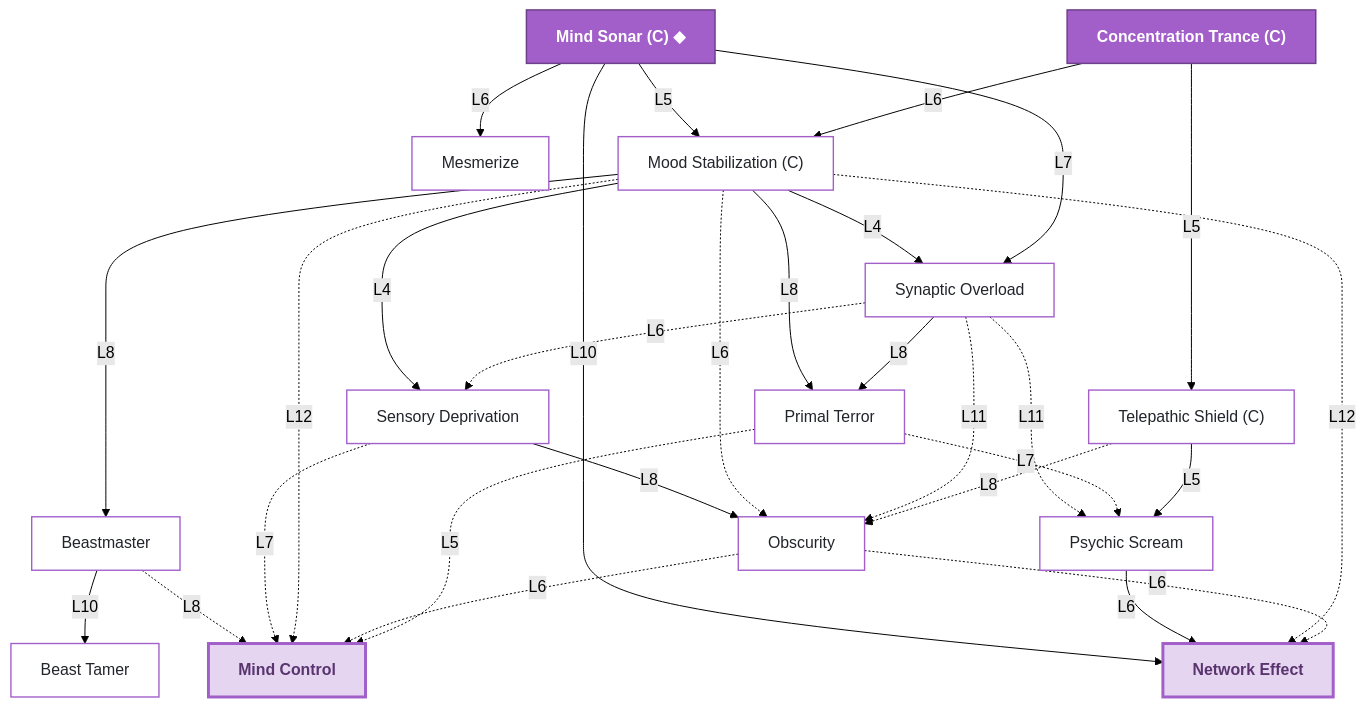
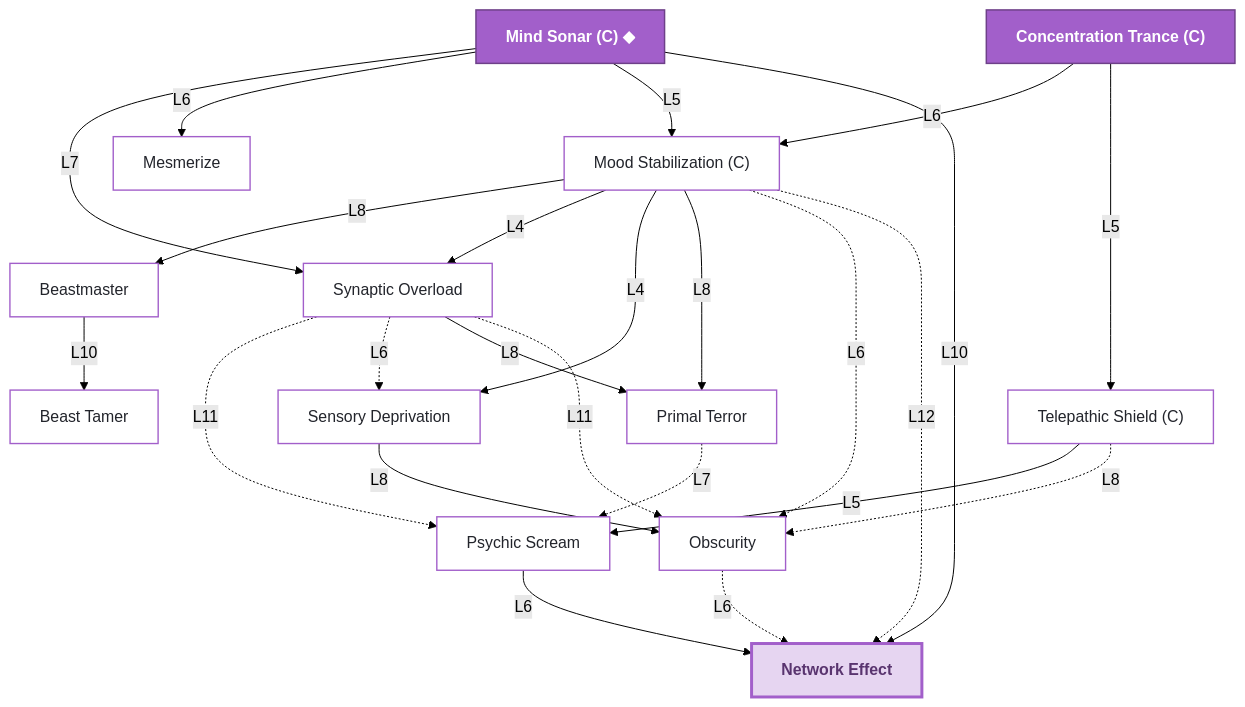
One commit to MSCantrell/Mind-Over-Matter-for-Bright-Nights changed the seventh of 8 diagrams in mindovermatter_bn/PSIONIC_ATLAS.md. Above: the diagram before and after it, drawn with Mermaid (forest theme). The commit also changed other lines of this file and 61 other files, not shown here.

````diff
--- a/mindovermatter_bn/PSIONIC_ATLAS.md
+++ b/mindovermatter_bn/PSIONIC_ATLAS.md
@@ -475,48 +475,42 @@
 ```mermaid
 graph TD
   n_telepathic_animal_mind_control["Beastmaster"]:::power
   n_telepathic_beast_taming["Beast Tamer"]:::power
   n_telepathic_blast["Synaptic Overload"]:::power
   n_telepathic_blast_radius["Psychic Scream"]:::power
   n_telepathic_concentration["Concentration Trance (C)"]:::start
   n_telepathic_confusion["Sensory Deprivation"]:::power
   n_telepathic_fear["Primal Terror"]:::power
   n_telepathic_invisibility["Obscurity"]:::power
   n_telepathic_mesmerize["Mesmerize"]:::power
-  n_telepathic_mind_control["Mind Control"]:::apex
   n_telepathic_mind_sense["Mind Sonar (C) ◆"]:::start
   n_telepathic_morale["Mood Stabilization (C)"]:::power
   n_telepathic_network["Network Effect"]:::apex
   n_telepathic_shield["Telepathic Shield (C)"]:::power
   n_telepathic_morale -->|L8| n_telepathic_animal_mind_control
   n_telepathic_animal_mind_control -->|L10| n_telepathic_beast_taming
   n_telepathic_morale -->|L4| n_telepathic_blast
   n_telepathic_mind_sense -->|L7| n_telepathic_blast
   n_telepathic_blast -.->|L11| n_telepathic_blast_radius
   n_telepathic_fear -.->|L7| n_telepathic_blast_radius
   n_telepathic_shield -->|L5| n_telepathic_blast_radius
   n_telepathic_morale -->|L4| n_telepathic_confusion
   n_telepathic_blast -.->|L6| n_telepathic_confusion
   n_telepathic_morale -->|L8| n_telepathic_fear
   n_telepathic_blast -->|L8| n_telepathic_fear
   n_telepathic_confusion -->|L8| n_telepathic_invisibility
   n_telepathic_morale -.->|L6| n_telepathic_invisibility
   n_telepathic_blast -.->|L11| n_telepathic_invisibility
   n_telepathic_shield -.->|L8| n_telepathic_invisibility
   n_telepathic_mind_sense -->|L6| n_telepathic_mesmerize
-  n_telepathic_animal_mind_control -.->|L8| n_telepathic_mind_control
-  n_telepathic_confusion -.->|L7| n_telepathic_mind_control
-  n_telepathic_morale -.->|L12| n_telepathic_mind_control
-  n_telepathic_invisibility -.->|L6| n_telepathic_mind_control
-  n_telepathic_fear -.->|L5| n_telepathic_mind_control
   n_telepathic_mind_sense -->|L5| n_telepathic_morale
   n_telepathic_concentration -->|L6| n_telepathic_morale
   n_telepathic_mind_sense -->|L10| n_telepathic_network
   n_telepathic_blast_radius -->|L6| n_telepathic_network
   n_telepathic_morale -.->|L12| n_telepathic_network
   n_telepathic_invisibility -.->|L6| n_telepathic_network
   n_telepathic_concentration -->|L5| n_telepathic_shield
   classDef start fill:#a25fca,stroke:#6e4089,color:#ffffff,stroke-width:1.5px,font-weight:600;
   classDef power fill:#ffffff,stroke:#a25fca,color:#22242b,stroke-width:1.4px;
   classDef apex fill:#e6d5f1,stroke:#a25fca,color:#59346f,stroke-width:3px,font-weight:700;
 ```
````
